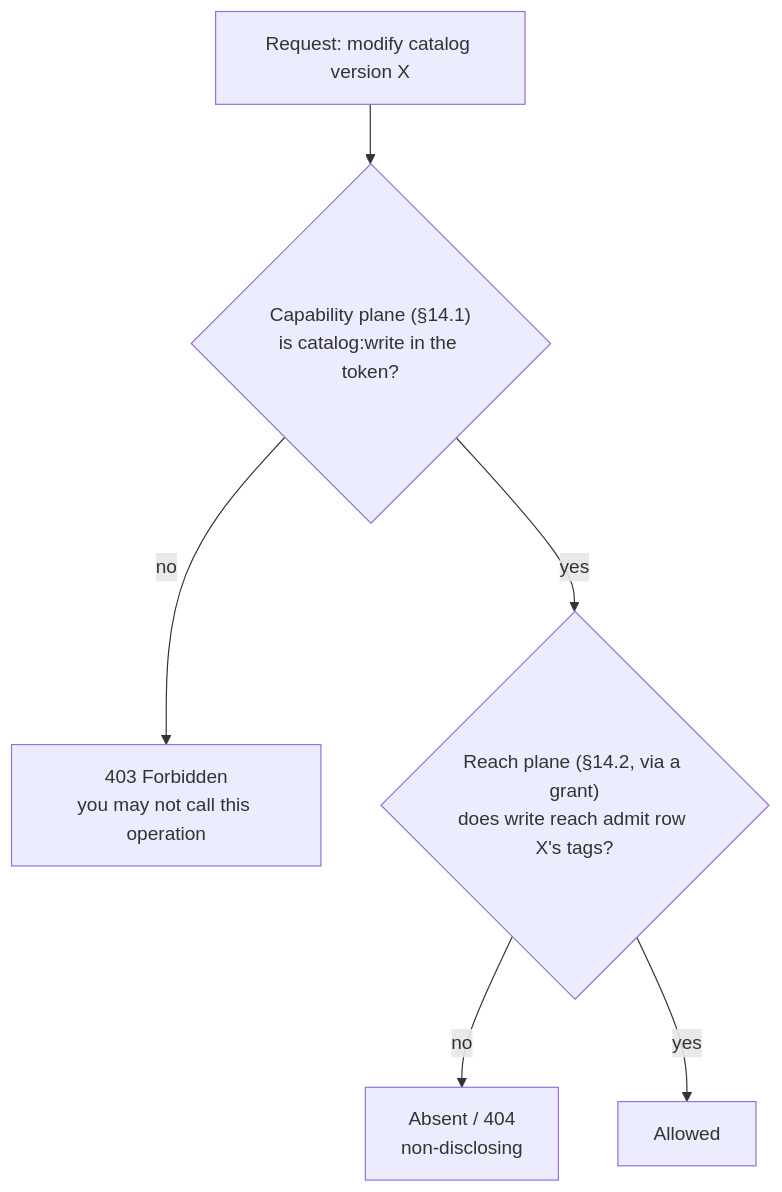
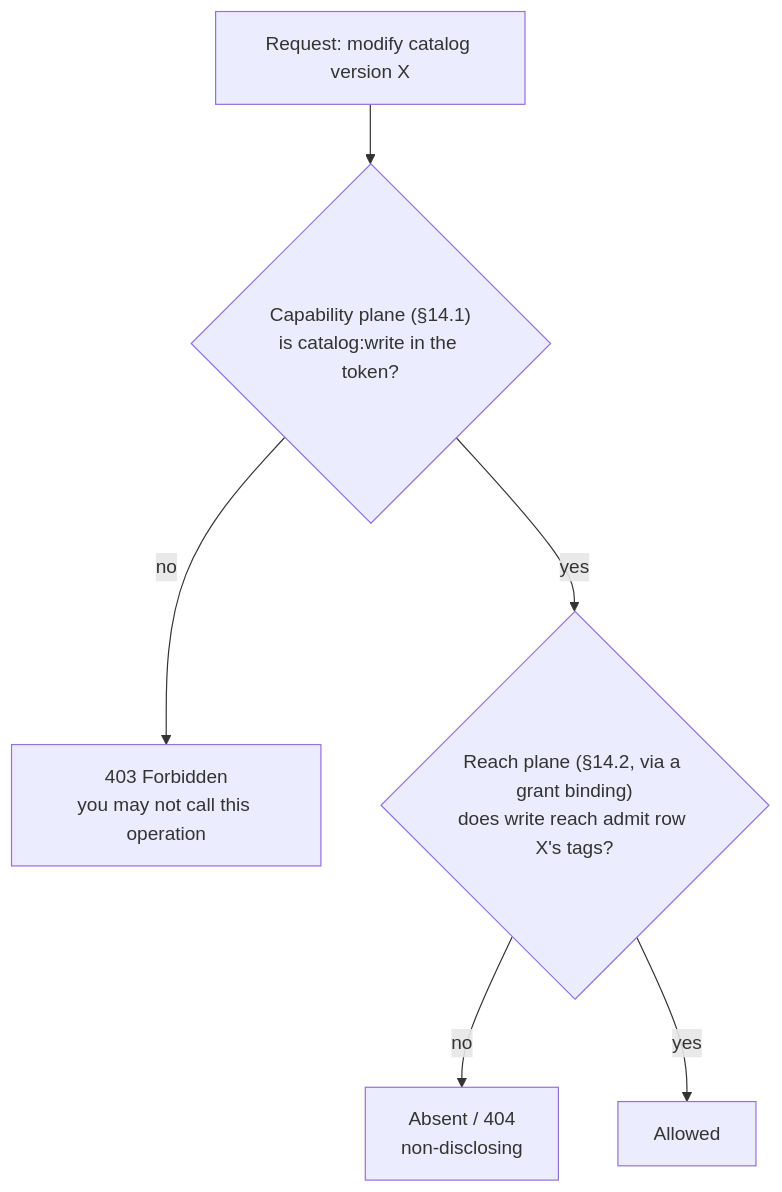
Before and after one commit to corvus-dotnet/Corvus.JsonSchema: the second of 2 diagrams in docs/control-plane/access-model.md, drawn with Mermaid. The commit also changed other lines of this file and 2 other files, not shown here.

First line of the commit message:
docs(terminology): normalize the grant object → "grant binding" (decision B)

````diff
--- a/docs/control-plane/access-model.md
+++ b/docs/control-plane/access-model.md
@@ -74,8 +74,8 @@
 ```mermaid
 flowchart TD
   Req["Request: modify catalog version X"] --> Cap{"Capability plane (§14.1)<br/>is catalog:write in the token?"}
   Cap -- "no" --> F["403 Forbidden<br/>you may not call this operation"]
-  Cap -- "yes" --> Reach{"Reach plane (§14.2, via a grant)<br/>does write reach admit row X's tags?"}
+  Cap -- "yes" --> Reach{"Reach plane (§14.2, via a grant binding)<br/>does write reach admit row X's tags?"}
   Reach -- "no" --> Abs["Absent / 404<br/>non-disclosing"]
   Reach -- "yes" --> Ok["Allowed"]
 ```
````
